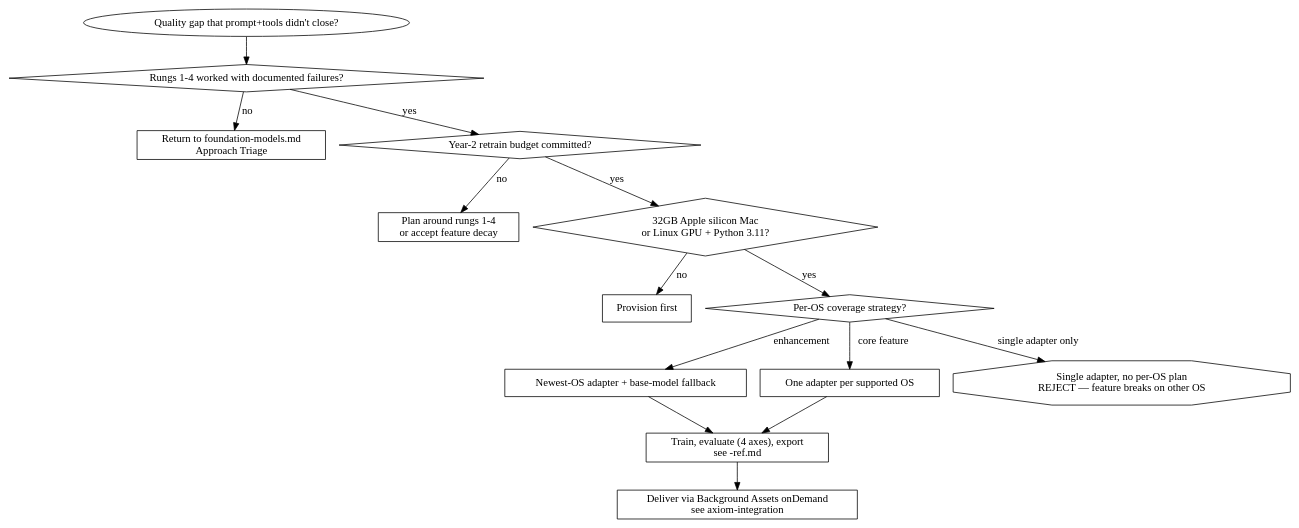
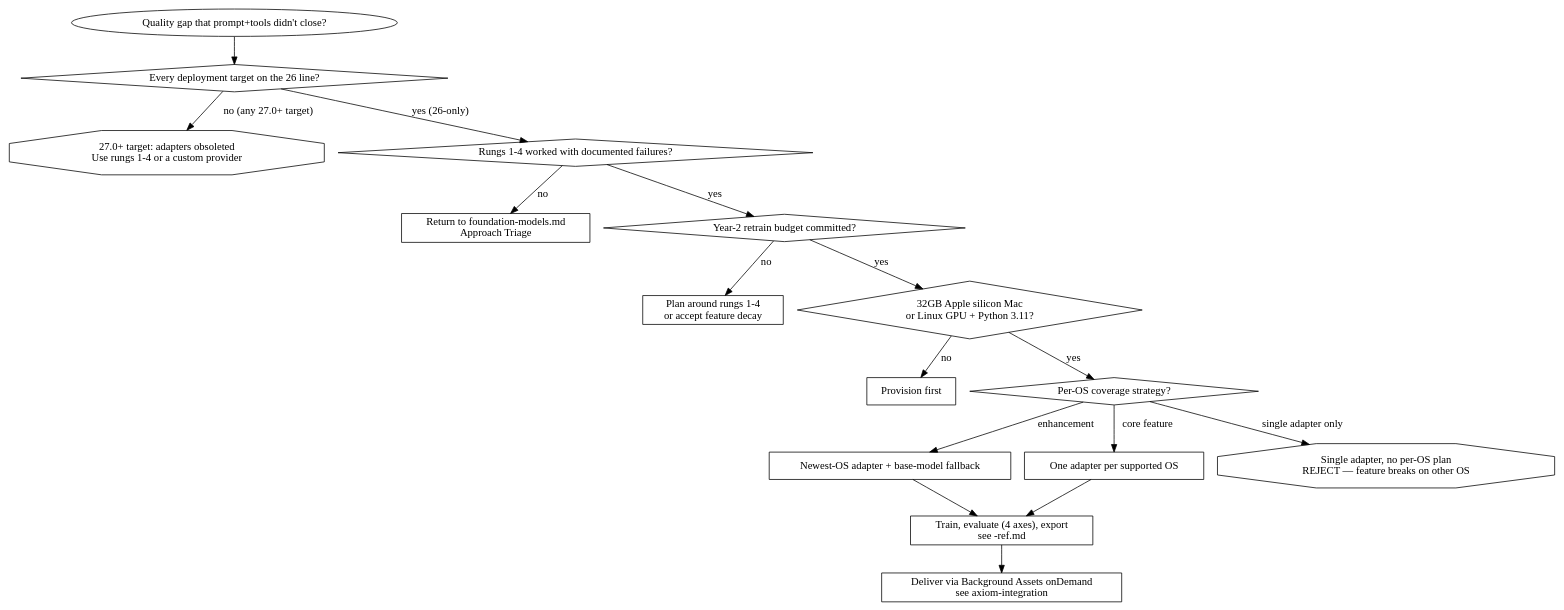
Before and after one commit to CharlesWiltgen/Axiom: the diagram in .claude-plugin/plugins/axiom/skills/axiom-ai/skills/foundation-models-adapters.md, drawn with Graphviz. The commit also changed other lines of this file and 5 other files, not shown here.

````diff
--- a/.claude-plugin/plugins/axiom/skills/axiom-ai/skills/foundation-models-adapters.md
+++ b/.claude-plugin/plugins/axiom/skills/axiom-ai/skills/foundation-models-adapters.md
@@ -94,35 +96,40 @@
 ```dot
 digraph adapter_decision {
     start [shape=ellipse label="Quality gap that prompt+tools didn't close?"];
+    target [shape=diamond label="Every deployment target on the 26 line?"];
+    obsoleted [shape=octagon label="27.0+ target: adapters obsoleted\nUse rungs 1-4 or a custom provider"];
     ladder [shape=diamond label="Rungs 1-4 worked with documented failures?"];
+
+    start -> target;
+    target -> obsoleted [label="no (any 27.0+ target)"];
+    target -> ladder [label="yes (26-only)"];
     back_to_ladder [shape=box label="Return to foundation-models.md\nApproach Triage"];
 
     budget [shape=diamond label="Year-2 retrain budget committed?"];
     no_budget [shape=box label="Plan around rungs 1-4\nor accept feature decay"];
 
     hardware [shape=diamond label="32GB Apple silicon Mac\nor Linux GPU + Python 3.11?"];
     no_hw [shape=box label="Provision first"];
 
     coverage [shape=diamond label="Per-OS coverage strategy?"];
     one_os [shape=box label="Newest-OS adapter + base-model fallback"];
     multi_os [shape=box label="One adapter per supported OS"];
     reject [shape=octagon label="Single adapter, no per-OS plan\nREJECT — feature breaks on other OS"];
 
     train [shape=box label="Train, evaluate (4 axes), export\nsee -ref.md"];
     deliver [shape=box label="Deliver via Background Assets onDemand\nsee axiom-integration"];
 
-    start -> ladder;
     ladder -> back_to_ladder [label="no"];
     ladder -> budget [label="yes"];
     budget -> no_budget [label="no"];
     budget -> hardware [label="yes"];
     hardware -> no_hw [label="no"];
     hardware -> coverage [label="yes"];
     coverage -> one_os [label="enhancement"];
     coverage -> multi_os [label="core feature"];
     coverage -> reject [label="single adapter only"];
     one_os -> train;
     multi_os -> train;
     train -> deliver;
 }
 ```
````
